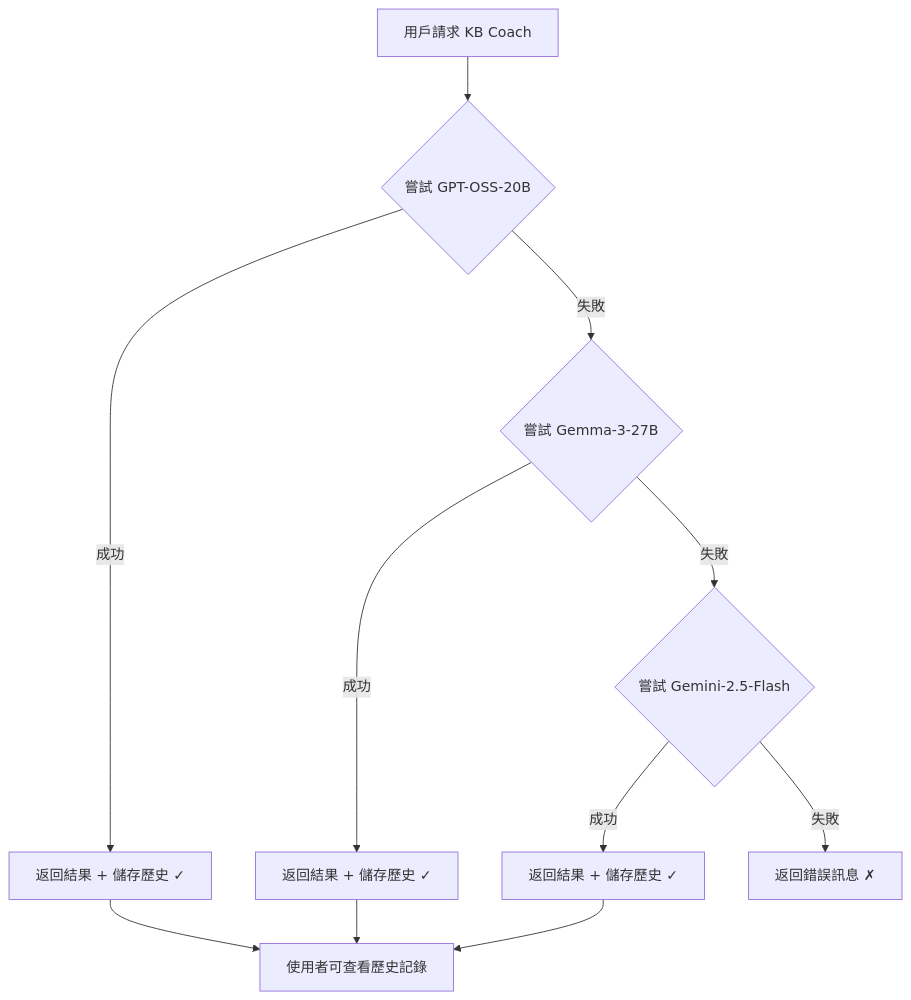
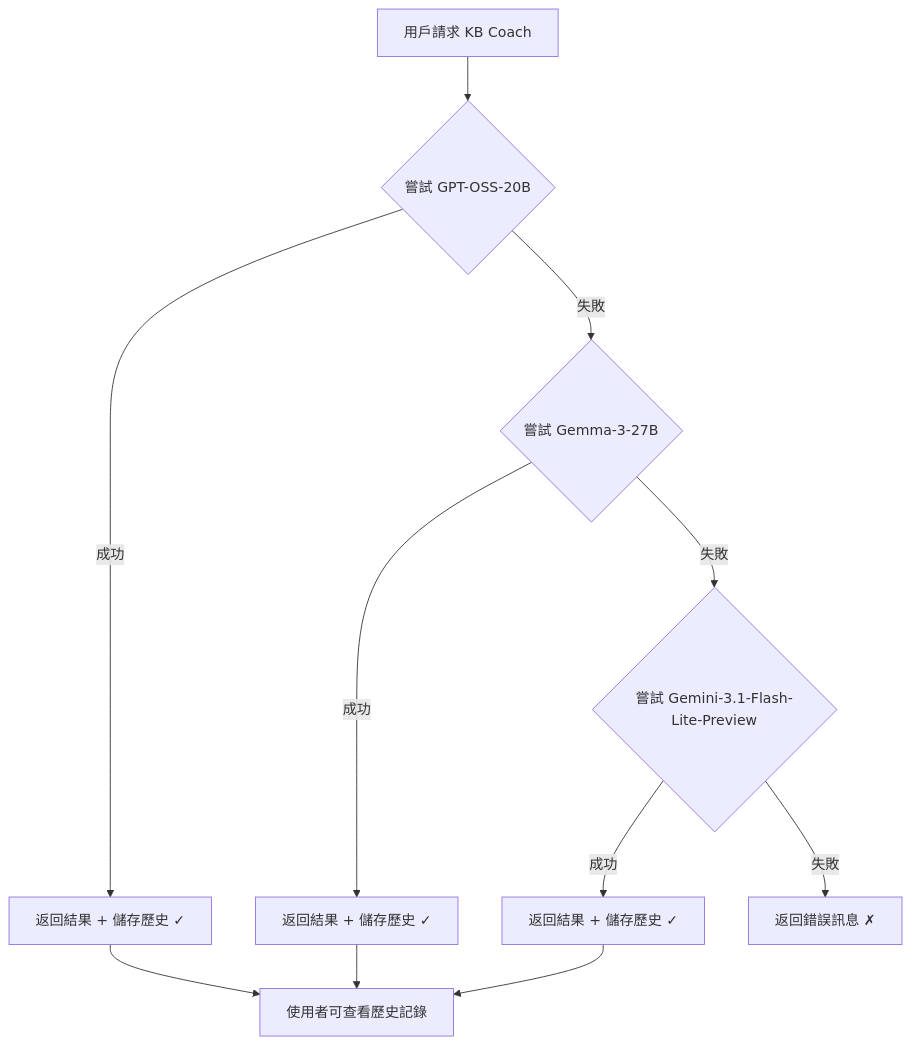
Before and after one commit to Richie1129/SDLs_fullStack_remix: the diagram in sdl-backend-main/KB_COACH_FALLBACK.md, drawn with Mermaid. The commit also changed other lines of this file and 26 other files, not shown here.

First line of the commit message:
chore: 全面升級 AI 模型名稱至 gemini-3.1-flash-lite-preview

````diff
--- a/sdl-backend-main/KB_COACH_FALLBACK.md
+++ b/sdl-backend-main/KB_COACH_FALLBACK.md
@@ -114,14 +114,14 @@
 ```mermaid
 graph TD
     A[用戶請求 KB Coach] --> B{嘗試 GPT-OSS-20B}
     B -->|成功| C[返回結果 + 儲存歷史 ✓]
     B -->|失敗| D{嘗試 Gemma-3-27B}
     D -->|成功| E[返回結果 + 儲存歷史 ✓]
-    D -->|失敗| F{嘗試 Gemini-2.5-Flash}
+    D -->|失敗| F{嘗試 Gemini-3.1-Flash-Lite-Preview}
     F -->|成功| G[返回結果 + 儲存歷史 ✓]
     F -->|失敗| H[返回錯誤訊息 ✗]
     
     C --> I[使用者可查看歷史記錄]
     E --> I
     G --> I
 ```
````
